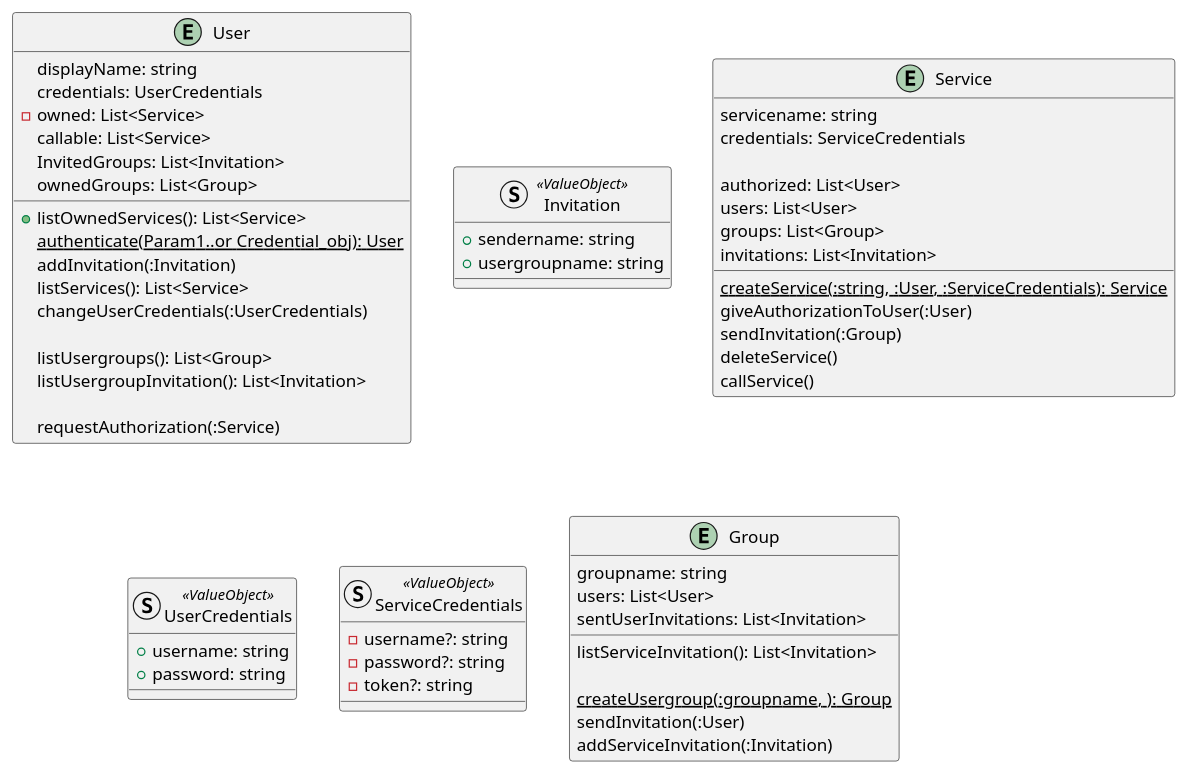
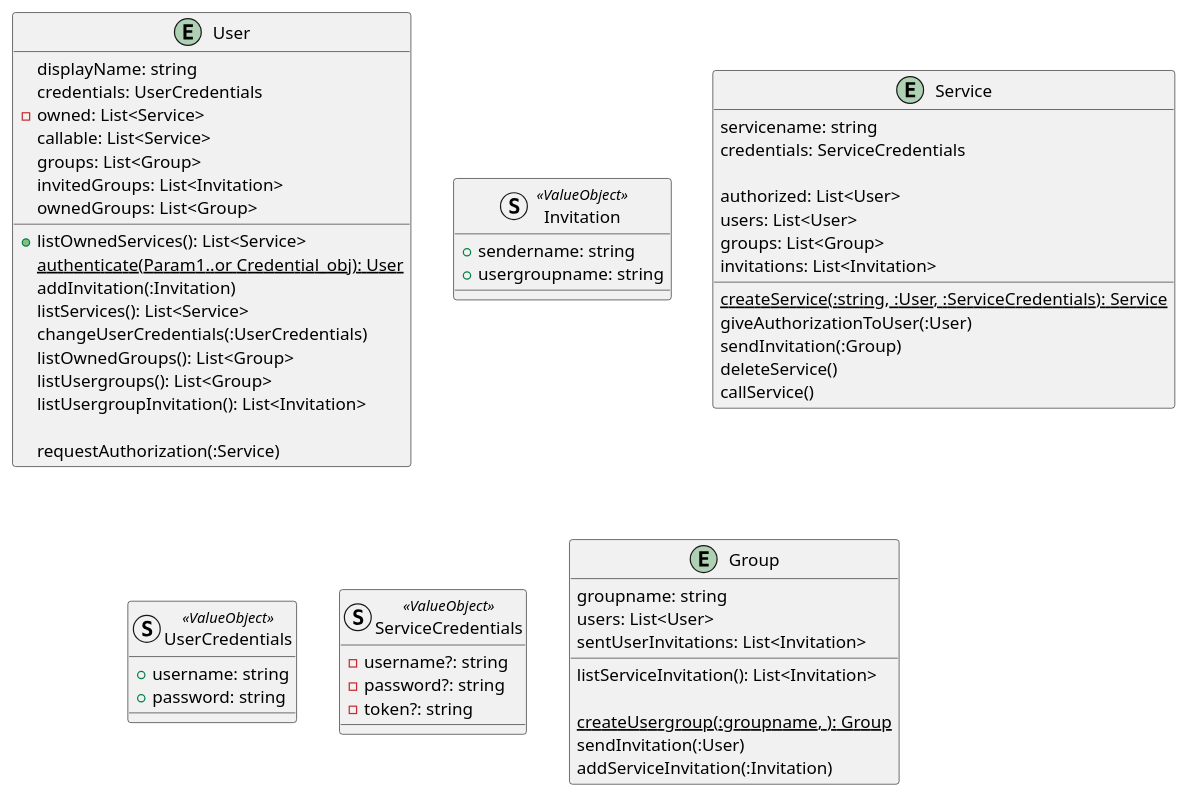
The diagram in doc/architecture.puml (sesogr/auth-share), drawn with PlantUML before and after one commit. The commit also changed 3 other files, not shown here.

Commit message:
add changes in the architecture and serviceinvitation puml, and will have comments for the expected exceptions

```diff
--- a/doc/architecture.puml
+++ b/doc/architecture.puml
@@ -1,77 +1,79 @@
 @startuml
 
 entity User{
 
     displayName: string
     credentials: UserCredentials
     -owned: List<Service>
     callable: List<Service>
-    InvitedGroups: List<Invitation>
+    groups: List<Group>
+    invitedGroups: List<Invitation>
     ownedGroups: List<Group>
     
     +listOwnedServices(): List<Service>
     {static}authenticate(Param1..or Credential_obj): User
     addInvitation(:Invitation)
     listServices(): List<Service>
     changeUserCredentials(:UserCredentials)
-
+    
+    listOwnedGroups(): List<Group>
     listUsergroups(): List<Group>
     listUsergroupInvitation(): List<Invitation>
 
     requestAuthorization(:Service)
 }
 
 struct Invitation <<ValueObject>>{
 
     +sendername: string
     +usergroupname: string
 
 }
 
 entity Service{
 
     servicename: string
     credentials: ServiceCredentials
     
     {static}createService(:string, :User, :ServiceCredentials): Service
     authorized: List<User>
     users: List<User>
     groups: List<Group>
     invitations: List<Invitation>
 
     giveAuthorizationToUser(:User)
     sendInvitation(:Group)
     
     deleteService()
     callService()
 
     
 }
 
 struct UserCredentials <<ValueObject>>{
 
     +username: string
     +password: string
     
 }
 
 struct ServiceCredentials <<ValueObject>>{
     
     -username?: string
     -password?: string
     -token?: string
 
 }
 
 entity Group{
     groupname: string
     users: List<User>
     sentUserInvitations: List<Invitation>
     listServiceInvitation(): List<Invitation>
 
     {static}createUsergroup(:groupname, ): Group
     sendInvitation(:User)
     addServiceInvitation(:Invitation)
 }
 
 @enduml
```
